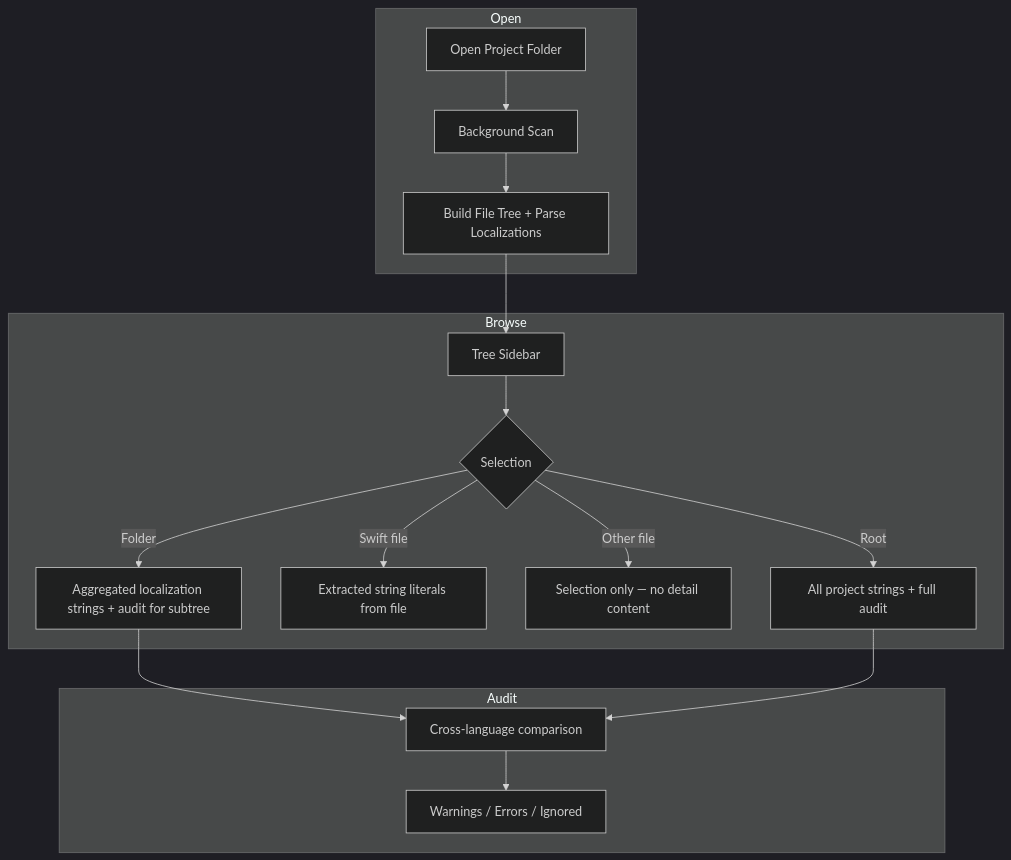
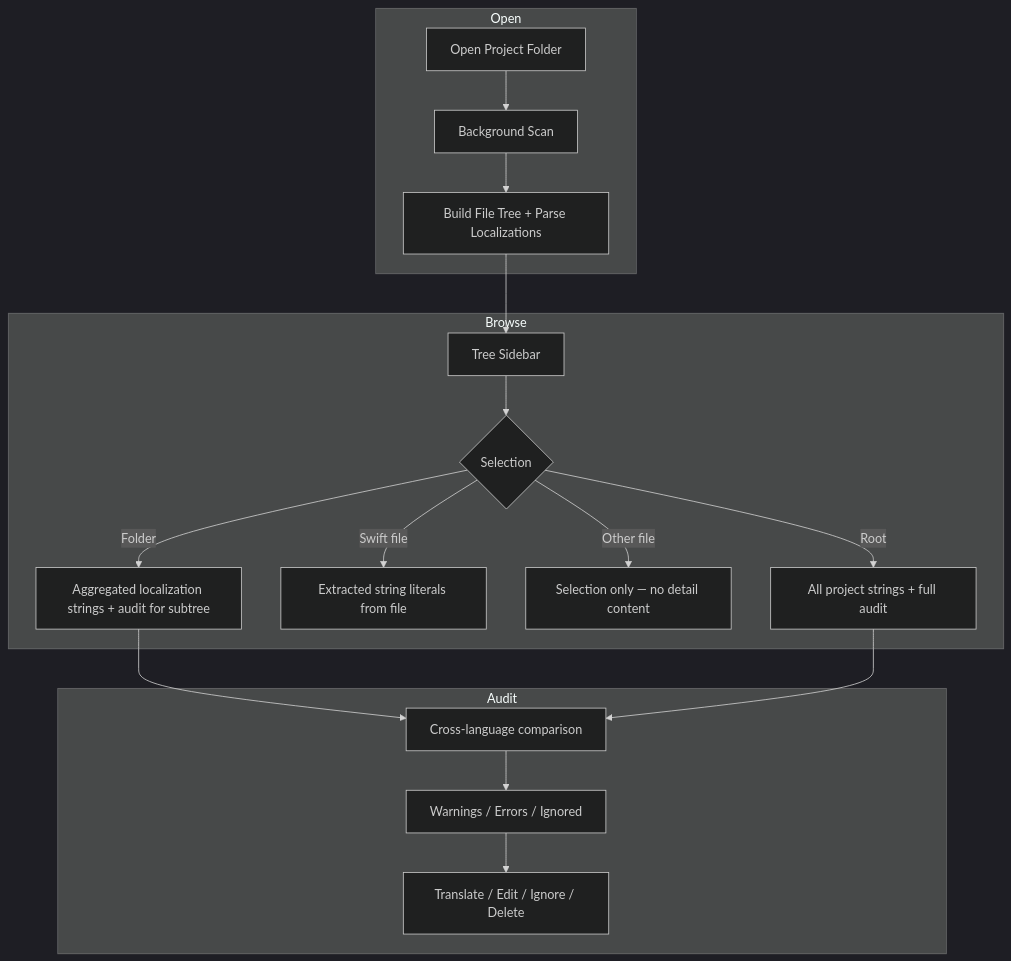
The diagram in docs/PLAN.md (bandanpixster-ship-it/LocalizerHelper), drawn with Mermaid (dark theme) before and after one commit. The commit also changed other lines of this file and 10 other files, not shown here.

````diff
--- a/docs/PLAN.md
+++ b/docs/PLAN.md
@@ -50,22 +65,23 @@
 ```mermaid
 flowchart TB
     subgraph open [Open]
         A[Open Project Folder] --> B[Background Scan]
         B --> C[Build File Tree + Parse Localizations]
     end
 
     subgraph browse [Browse]
         C --> D[Tree Sidebar]
         D --> E{Selection}
         E -->|Folder| F[Aggregated localization strings + audit for subtree]
         E -->|Swift file| G[Extracted string literals from file]
         E -->|Other file| H[Selection only — no detail content]
         E -->|Root| I[All project strings + full audit]
     end
 
     subgraph audit [Audit]
         F --> J[Cross-language comparison]
         I --> J
         J --> K[Warnings / Errors / Ignored]
+        K --> L[Translate / Edit / Ignore / Delete]
     end
 ```
````
